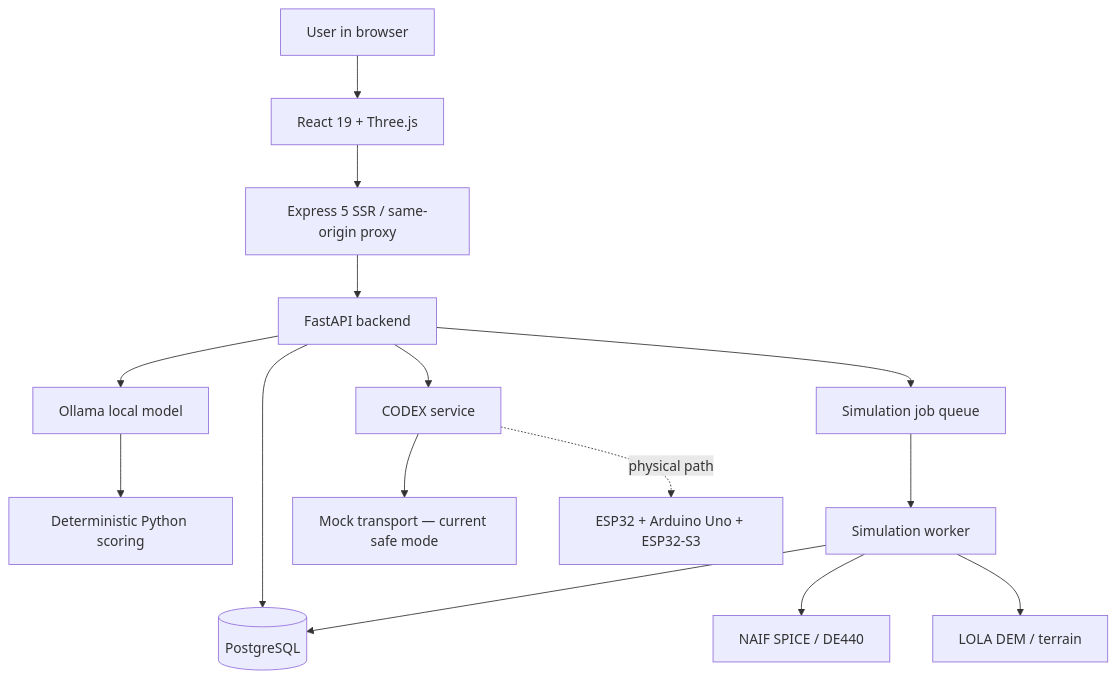
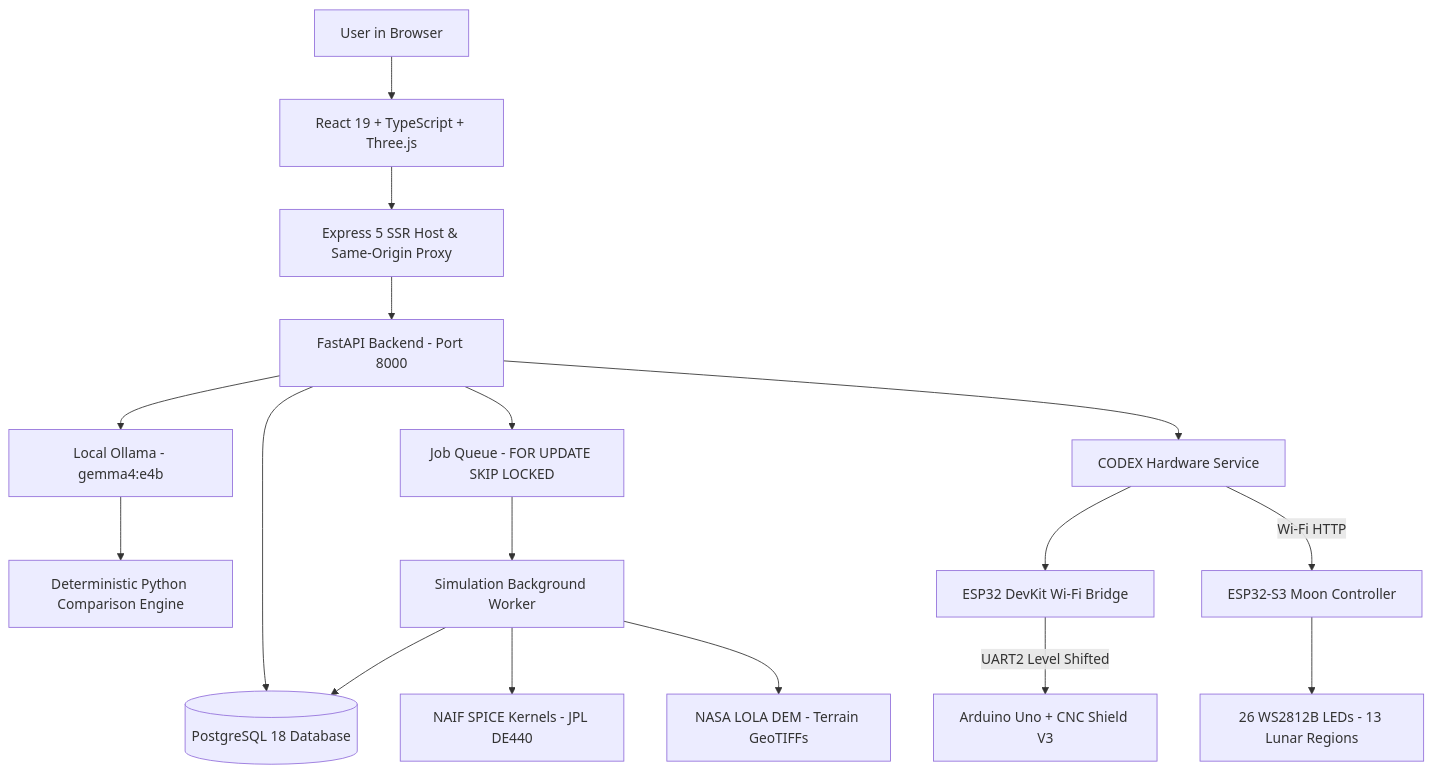
Before and after one commit to SidzArt/CLPS-Lunar-Module: the diagram in Readme.md, drawn with Mermaid. The commit also changed other lines of this file and 1 other file, not shown here.

Commit message:
docs: finalize Readme with 9 south-pole landing sites, full system architecture, and documentation pdf

````diff
--- a/Readme.md
+++ b/Readme.md
@@ -59,17 +107,19 @@
 ```mermaid
 flowchart TD
-    USER[User in browser] --> WEB[React 19 + Three.js]
-    WEB --> SSR[Express 5 SSR / same-origin proxy]
-    SSR --> API[FastAPI backend]
-    API --> DB[(PostgreSQL)]
-    API --> AI[Ollama local model]
-    AI --> SCORE[Deterministic Python scoring]
-    API --> JOB[Simulation job queue]
-    JOB --> WORKER[Simulation worker]
-    WORKER --> SPICE[NAIF SPICE / DE440]
-    WORKER --> LOLA[LOLA DEM / terrain]
+    USER[User in Browser] --> WEB[React 19 + TypeScript + Three.js]
+    WEB --> SSR[Express 5 SSR Host & Same-Origin Proxy]
+    SSR --> API[FastAPI Backend - Port 8000]
+    API --> DB[(PostgreSQL 18 Database)]
+    API --> AI[Local Ollama - gemma4:e4b]
+    AI --> SCORE[Deterministic Python Comparison Engine]
+    API --> QUEUE[Job Queue - FOR UPDATE SKIP LOCKED]
+    QUEUE --> WORKER[Simulation Background Worker]
+    WORKER --> SPICE[NAIF SPICE Kernels - JPL DE440]
+    WORKER --> LOLA[NASA LOLA DEM - Terrain GeoTIFFs]
     WORKER --> DB
-    API --> CODEX[CODEX service]
-    CODEX --> MOCK[Mock transport — current safe mode]
-    CODEX -. physical path .-> HW[ESP32 + Arduino Uno + ESP32-S3]
+    API --> CODEX_SVC[CODEX Hardware Service]
+    CODEX_SVC --> BRIDGE[ESP32 DevKit Wi-Fi Bridge]
+    BRIDGE -->|UART2 Level Shifted| UNO[Arduino Uno + CNC Shield V3]
+    CODEX_SVC -->|Wi-Fi HTTP| S3[ESP32-S3 Moon Controller]
+    S3 --> LEDS[26 WS2812B LEDs - 13 Lunar Regions]
 ```
````
